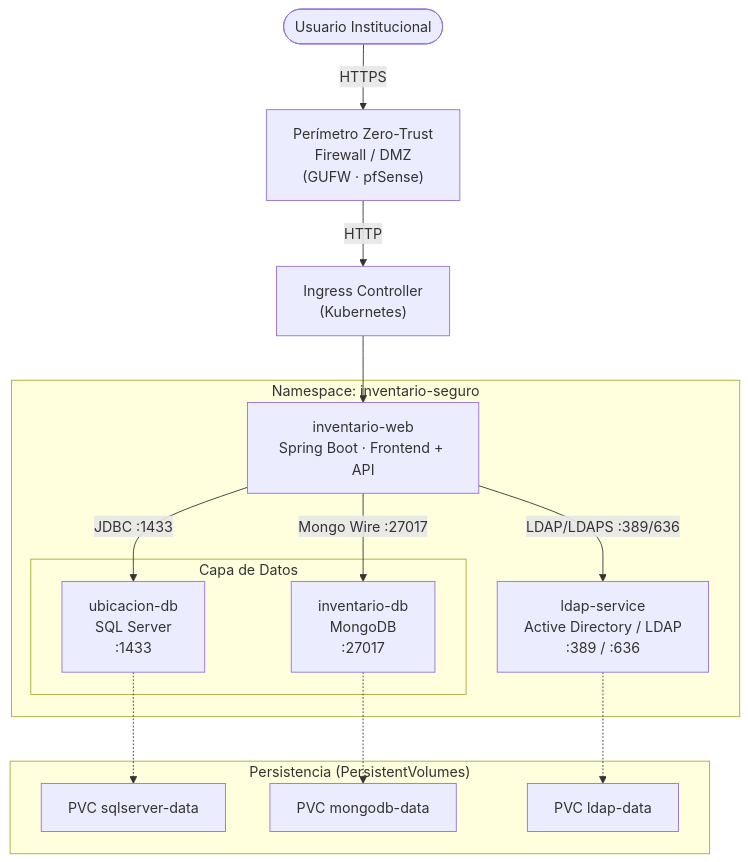
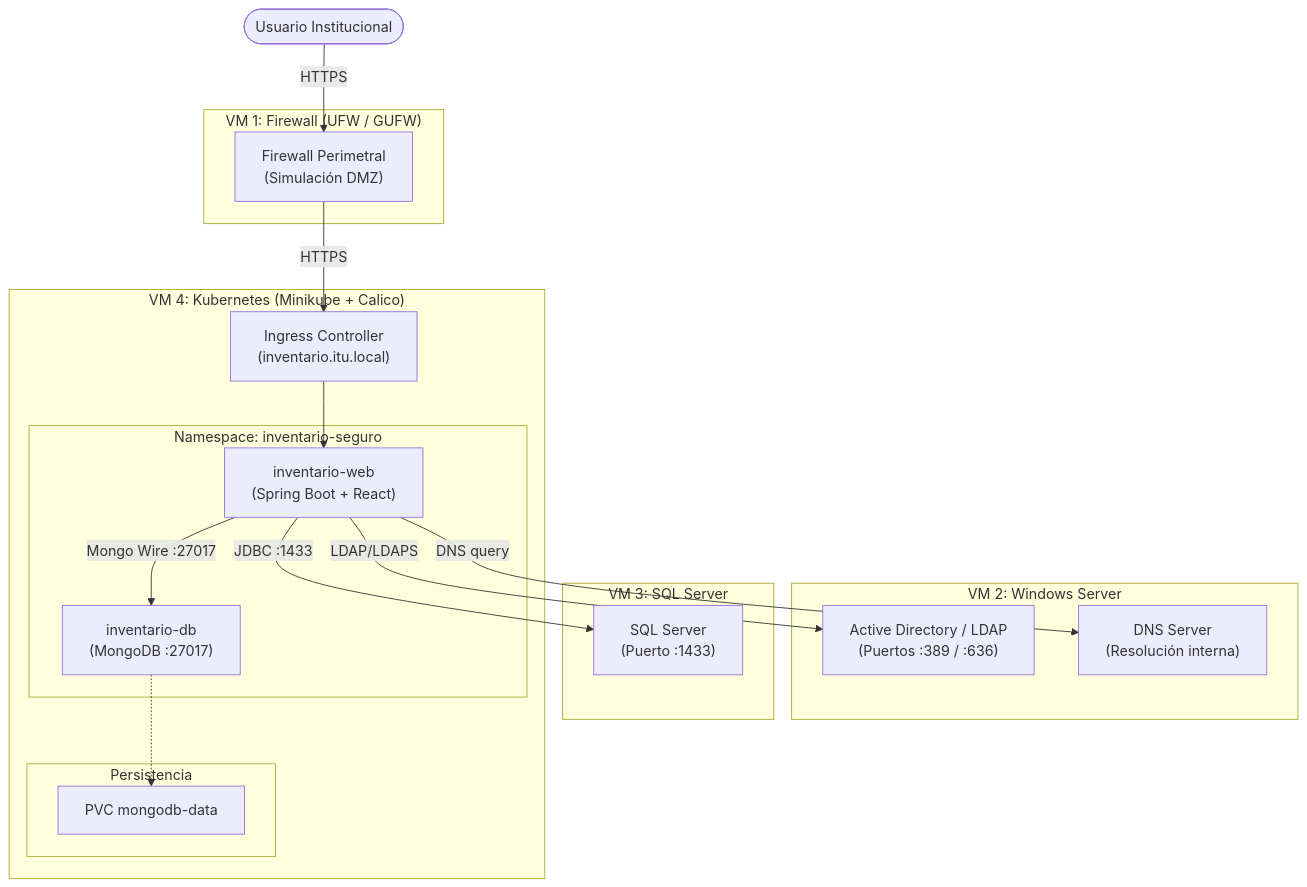
One commit to juanmahumeniuk/egi-inventario-seguro changed the first of 6 diagrams in docs/Informe_EGI_Inventario.md. Above: the diagram before and after it, drawn with Mermaid. The commit also changed other lines of this file, not shown here.

````diff
--- a/docs/Informe_EGI_Inventario.md
+++ b/docs/Informe_EGI_Inventario.md
@@ -46,35 +48,40 @@
 ```mermaid
 graph TD
     U([Usuario Institucional])
-    FW["Perímetro Zero-Trust\nFirewall / DMZ\n(GUFW · pfSense)"]
-    IC["Ingress Controller\n(Kubernetes)"]
 
-    subgraph NS["Namespace: inventario-seguro"]
-        FE["inventario-web\nSpring Boot · Frontend + API"]
-        
-        subgraph DATA["Capa de Datos"]
-            SQL["ubicacion-db\nSQL Server\n:1433"]
-            MONGO["inventario-db\nMongoDB\n:27017"]
-        end
-        
-        LDAP["ldap-service\nActive Directory / LDAP\n:389 / :636"]
+    subgraph VM1["VM 1: Firewall (UFW / GUFW)"]
+        FW["Firewall Perimetral\n(Simulación DMZ)"]
     end
 
-    subgraph PV["Persistencia (PersistentVolumes)"]
-        PV1[PVC sqlserver-data]
-        PV2[PVC mongodb-data]
-        PV3[PVC ldap-data]
+    subgraph VM2["VM 2: Windows Server"]
+        AD["Active Directory / LDAP\n(Puertos :389 / :636)"]
+        DNS["DNS Server\n(Resolución interna)"]
+    end
+
+    subgraph VM3["VM 3: SQL Server"]
+        SQL["SQL Server\n(Puerto :1433)"]
+    end
+
+    subgraph VM4["VM 4: Kubernetes (Minikube + Calico)"]
+        IC["Ingress Controller\n(inventario.itu.local)"]
+        
+        subgraph NS["Namespace: inventario-seguro"]
+            FE["inventario-web\n(Spring Boot + React)"]
+            MONGO["inventario-db\n(MongoDB :27017)"]
+        end
+
+        subgraph PV["Persistencia"]
+            PV2[PVC mongodb-data]
+        end
     end
 
     U -- "HTTPS" --> FW
-    FW -- "HTTP" --> IC
+    FW -- "HTTPS" --> IC
     IC --> FE
 
+    FE -- "LDAP/LDAPS" --> AD
+    FE -- "DNS query" --> DNS
     FE -- "JDBC :1433" --> SQL
     FE -- "Mongo Wire :27017" --> MONGO
-    FE -- "LDAP/LDAPS :389/636" --> LDAP
-
-    SQL -.-> PV1
     MONGO -.-> PV2
-    LDAP -.-> PV3
 ```
````
